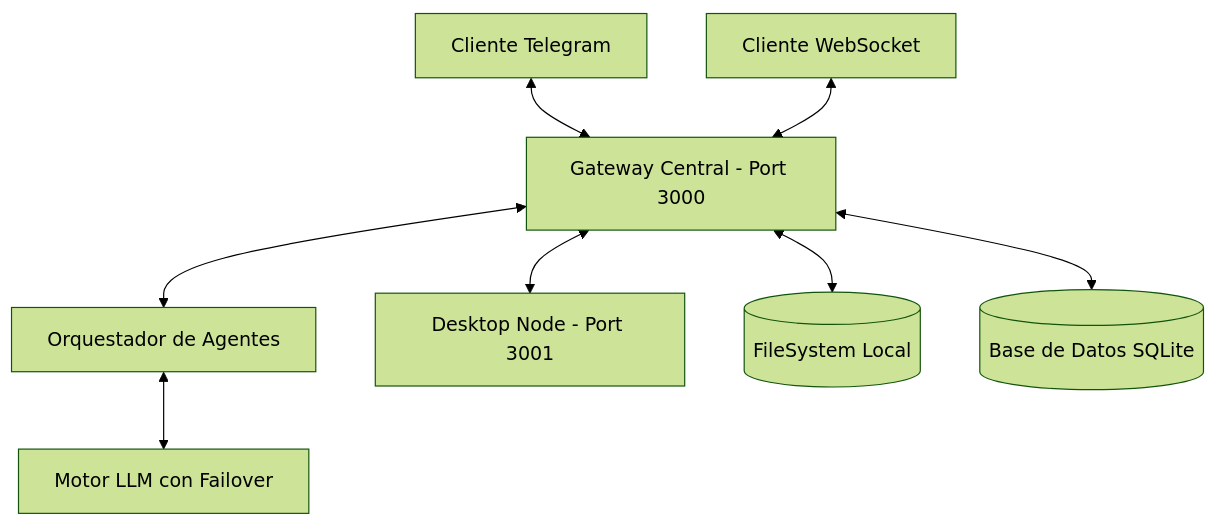
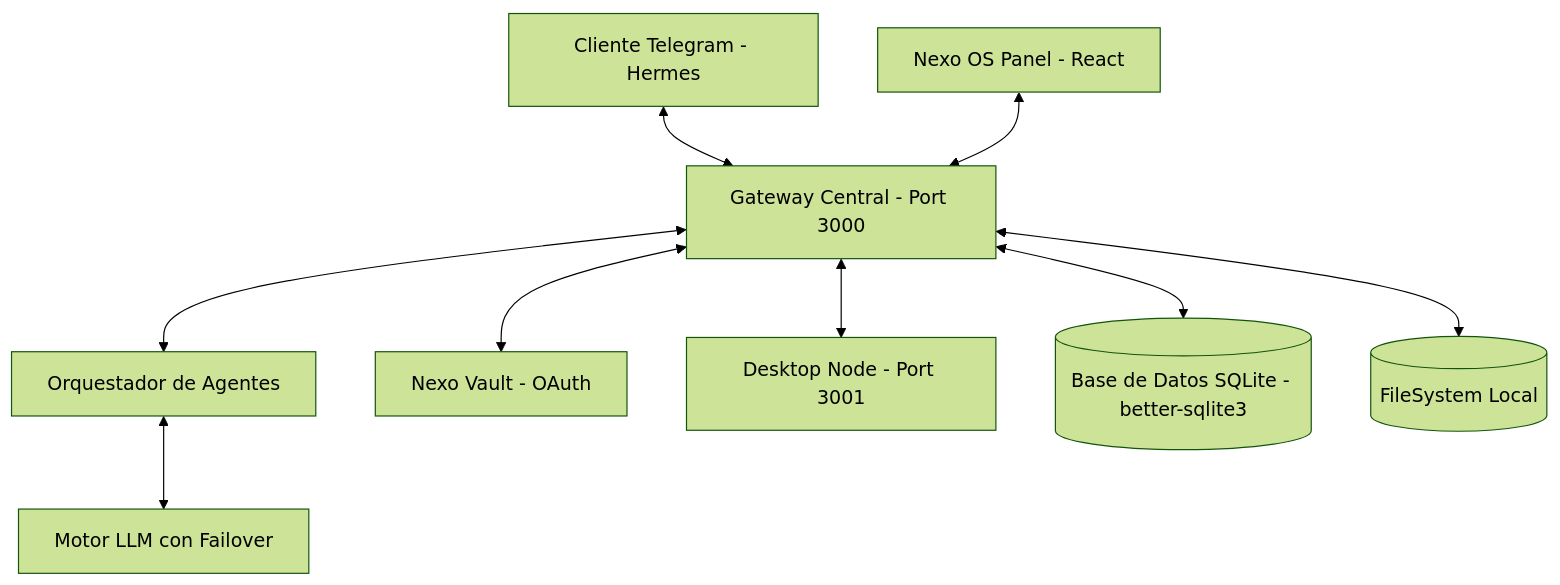
One commit to enriquecidcalero-code/Asistente-Personal-Nexo-Docs changed the diagram in ARQ.md. Above: the diagram before and after it, drawn with Mermaid (forest theme). The commit also changed other lines of this file and 8 other files, not shown here.

Commit message:
docs: actualización general de la documentación (Phase 21-23, Hermes, SQLite, Vault, Panel v2.0)

````diff
--- a/ARQ.md
+++ b/ARQ.md
@@ -7,29 +7,31 @@
 ```mermaid
 graph TD
     %% Canales de Entrada
-    Telegram[Cliente Telegram]
-    WS_Client[Cliente WebSocket]
+    Telegram[Cliente Telegram - Hermes]
+    NexoOS[Nexo OS Panel - React]
     
     %% Core Gateway
     Gateway[Gateway Central - Port 3000]
     
     %% Engine
     Orchestrator[Orquestador de Agentes]
     LLM_Engine[Motor LLM con Failover]
+    Vault[Nexo Vault - OAuth]
     
     %% Nodos de Ejecución
     Desktop_Node[Desktop Node - Port 3001]
     
     %% Persistencia
+    DB[(Base de Datos SQLite - better-sqlite3)]
     FS[(FileSystem Local)]
-    DB[(Base de Datos SQLite)]
     
     %% Conexiones
     Telegram <--> Gateway
-    WS_Client <--> Gateway
+    NexoOS <--> Gateway
     Gateway <--> Orchestrator
     Orchestrator <--> LLM_Engine
+    Gateway <--> Vault
     Gateway <--> Desktop_Node
+    Gateway <--> DB
     Gateway <--> FS
-    Gateway <--> DB
 ```
````
